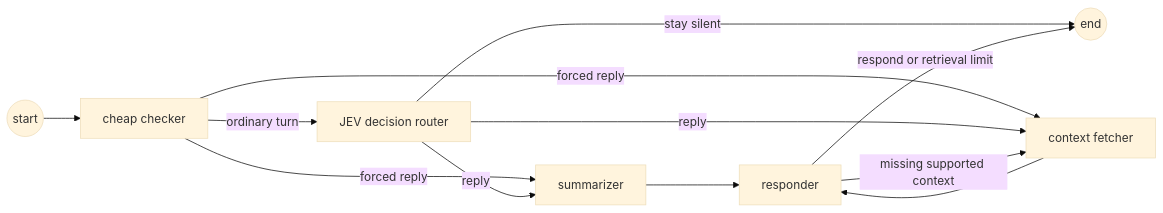
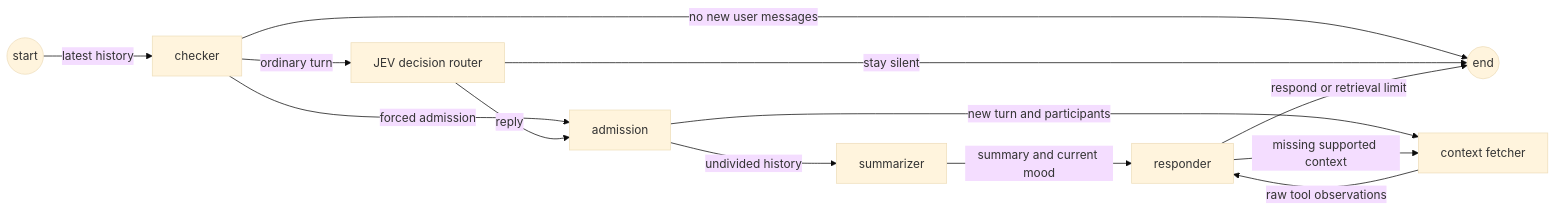
The second of 2 diagrams in README.md (GeneralR3d/Rachel), drawn with Mermaid (base theme) before and after one commit. The commit also changed other lines of this file and 1 other file, not shown here.

````diff
--- a/README.md
+++ b/README.md
@@ -112,14 +119,15 @@
 ```mermaid
 flowchart LR
-    S((start)) --> C[cheap checker]
-    C -->|forced reply| SUM[summarizer]
-    C -->|forced reply| CTX[context fetcher]
+    S((start)) -->|latest history| C[checker]
+    C -->|no new user messages| E((end))
+    C -->|forced admission| A[admission]
     C -->|ordinary turn| R[JEV decision router]
-    R -->|stay silent| E((end))
-    R -->|reply| SUM
-    R -->|reply| CTX
-    SUM --> RESP[responder]
-    CTX --> RESP
+    R -->|stay silent| E
+    R -->|reply| A
+    A -->|undivided history| SUM[summarizer]
+    A -->|new turn and participants| CTX[context fetcher]
+    SUM -->|summary and current mood| RESP[responder]
+    CTX -->|raw tool observations| RESP
     RESP -->|respond or retrieval limit| E
     RESP -->|missing supported context| CTX
 ```
````
